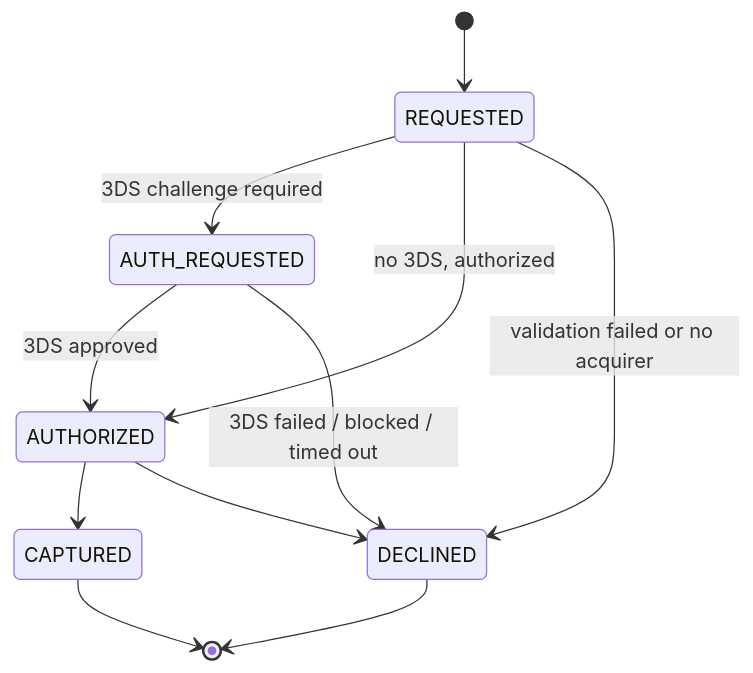
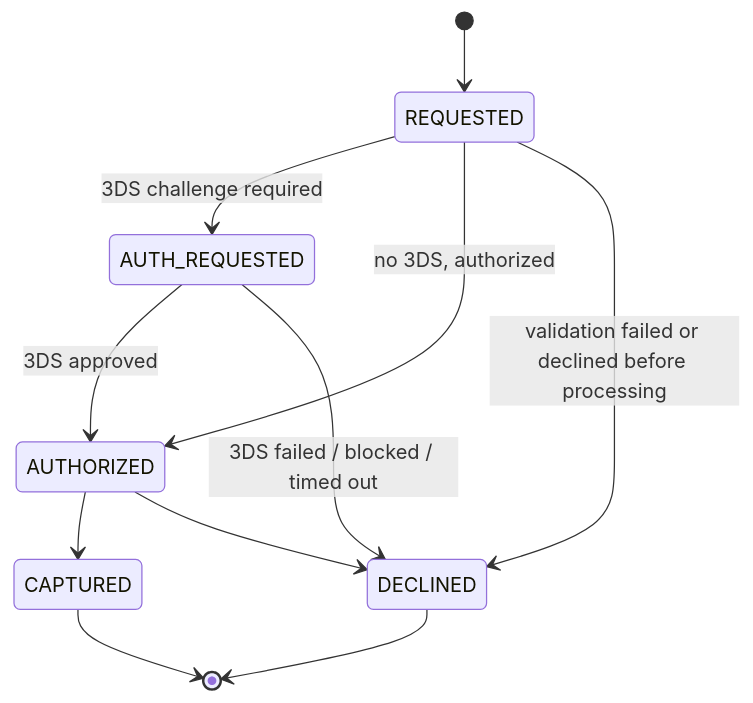
One commit to KumaaGroup/platform-apidocs changed the diagram in docs/card-payments.md. Above: the diagram before and after it, drawn with Mermaid. The commit also changed other lines of this file and 4 other files, not shown here.

````diff
--- a/docs/card-payments.md
+++ b/docs/card-payments.md
@@ -23,13 +23,13 @@
 ```mermaid
 stateDiagram-v2
     [*] --> REQUESTED
     REQUESTED --> AUTH_REQUESTED: 3DS challenge required
     REQUESTED --> AUTHORIZED: no 3DS, authorized
-    REQUESTED --> DECLINED: validation failed or no acquirer
+    REQUESTED --> DECLINED: validation failed or declined before processing
     AUTH_REQUESTED --> AUTHORIZED: 3DS approved
     AUTH_REQUESTED --> DECLINED: 3DS failed / blocked / timed out
     AUTHORIZED --> CAPTURED
     AUTHORIZED --> DECLINED
     CAPTURED --> [*]
     DECLINED --> [*]
 ```
````
